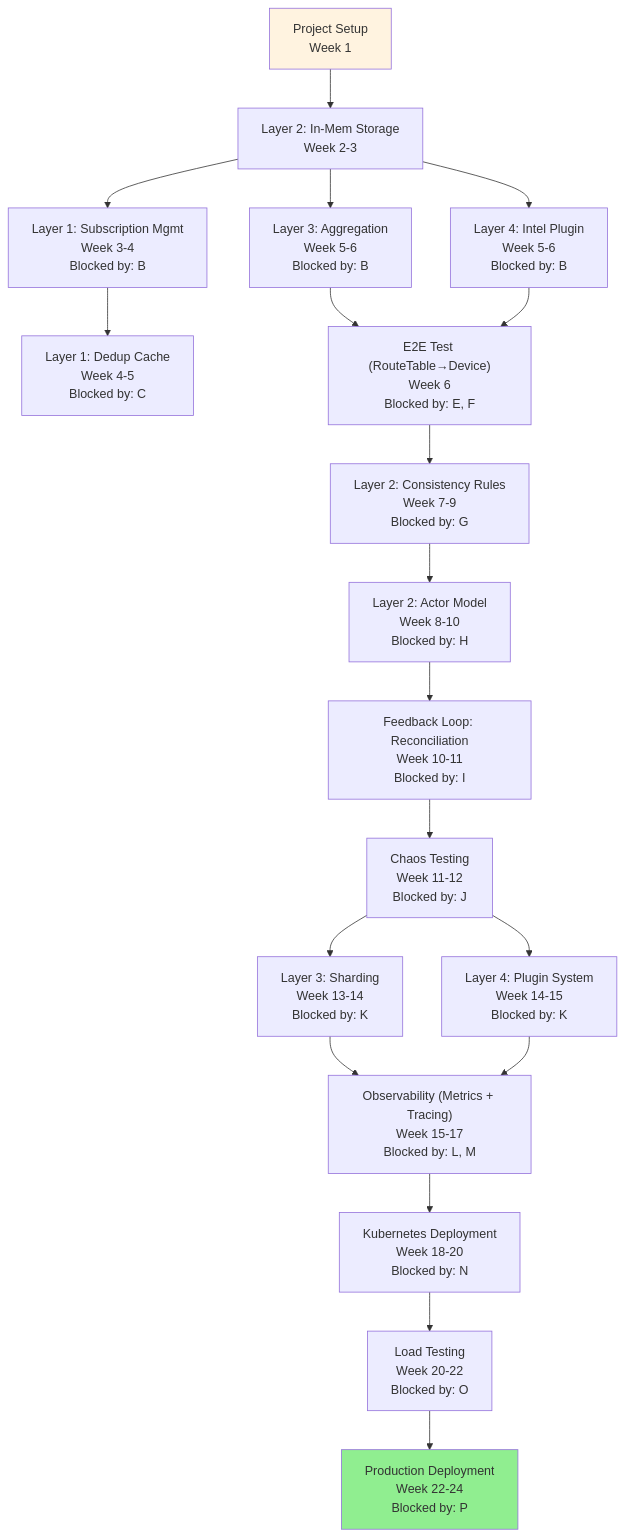
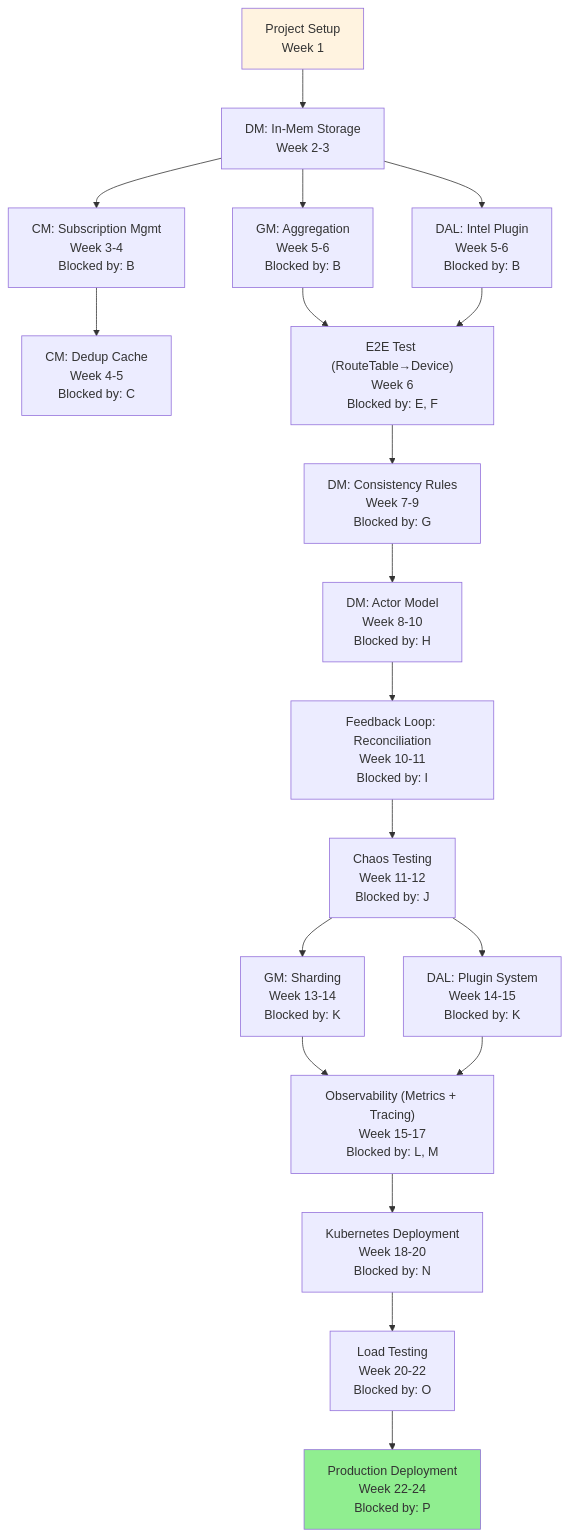
The diagram in docs/FM-Designs/FM_IMPLEMENTATION_ROADMAP_SUPER_ENHANCED.md (rashmirrout/DashFabric), drawn with Mermaid before and after one commit. The commit also changed other lines of this file and 32 other files, not shown here.

````diff
--- a/docs/FM-Designs/FM_IMPLEMENTATION_ROADMAP_SUPER_ENHANCED.md
+++ b/docs/FM-Designs/FM_IMPLEMENTATION_ROADMAP_SUPER_ENHANCED.md
@@ -145,52 +145,52 @@
 ```mermaid
 graph TD
     A["Project Setup<br/>Week 1"]
     
-    B["Layer 2: In-Mem Storage<br/>Week 2-3"]
-    C["Layer 1: Subscription Mgmt<br/>Week 3-4<br/>Blocked by: B"]
-    D["Layer 1: Dedup Cache<br/>Week 4-5<br/>Blocked by: C"]
+    B["DM: In-Mem Storage<br/>Week 2-3"]
+    C["CM: Subscription Mgmt<br/>Week 3-4<br/>Blocked by: B"]
+    D["CM: Dedup Cache<br/>Week 4-5<br/>Blocked by: C"]
     
-    E["Layer 3: Aggregation<br/>Week 5-6<br/>Blocked by: B"]
-    F["Layer 4: Intel Plugin<br/>Week 5-6<br/>Blocked by: B"]
+    E["GM: Aggregation<br/>Week 5-6<br/>Blocked by: B"]
+    F["DAL: Intel Plugin<br/>Week 5-6<br/>Blocked by: B"]
     
     G["E2E Test (RouteTable→Device)<br/>Week 6<br/>Blocked by: E, F"]
     
-    H["Layer 2: Consistency Rules<br/>Week 7-9<br/>Blocked by: G"]
-    I["Layer 2: Actor Model<br/>Week 8-10<br/>Blocked by: H"]
+    H["DM: Consistency Rules<br/>Week 7-9<br/>Blocked by: G"]
+    I["DM: Actor Model<br/>Week 8-10<br/>Blocked by: H"]
     
     J["Feedback Loop: Reconciliation<br/>Week 10-11<br/>Blocked by: I"]
     
     K["Chaos Testing<br/>Week 11-12<br/>Blocked by: J"]
     
-    L["Layer 3: Sharding<br/>Week 13-14<br/>Blocked by: K"]
-    M["Layer 4: Plugin System<br/>Week 14-15<br/>Blocked by: K"]
+    L["GM: Sharding<br/>Week 13-14<br/>Blocked by: K"]
+    M["DAL: Plugin System<br/>Week 14-15<br/>Blocked by: K"]
     
     N["Observability (Metrics + Tracing)<br/>Week 15-17<br/>Blocked by: L, M"]
     
     O["Kubernetes Deployment<br/>Week 18-20<br/>Blocked by: N"]
     P["Load Testing<br/>Week 20-22<br/>Blocked by: O"]
     
     Q["Production Deployment<br/>Week 22-24<br/>Blocked by: P"]
     
     A --> B
     B --> C
     C --> D
     B --> E
     B --> F
     E --> G
     F --> G
     G --> H
     H --> I
     I --> J
     J --> K
     K --> L
     K --> M
     L --> N
     M --> N
     N --> O
     O --> P
     P --> Q
     
     style A fill:#fff3e0
     style Q fill:#90EE90
 ```
````
